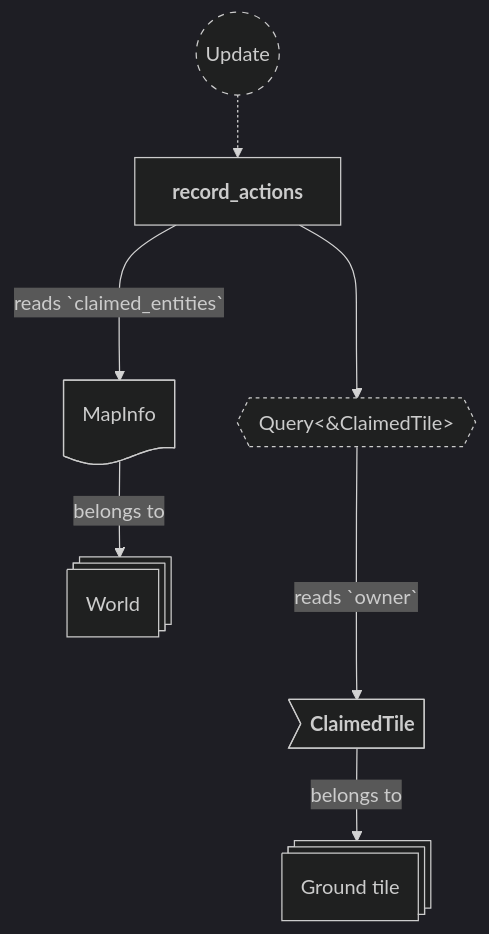
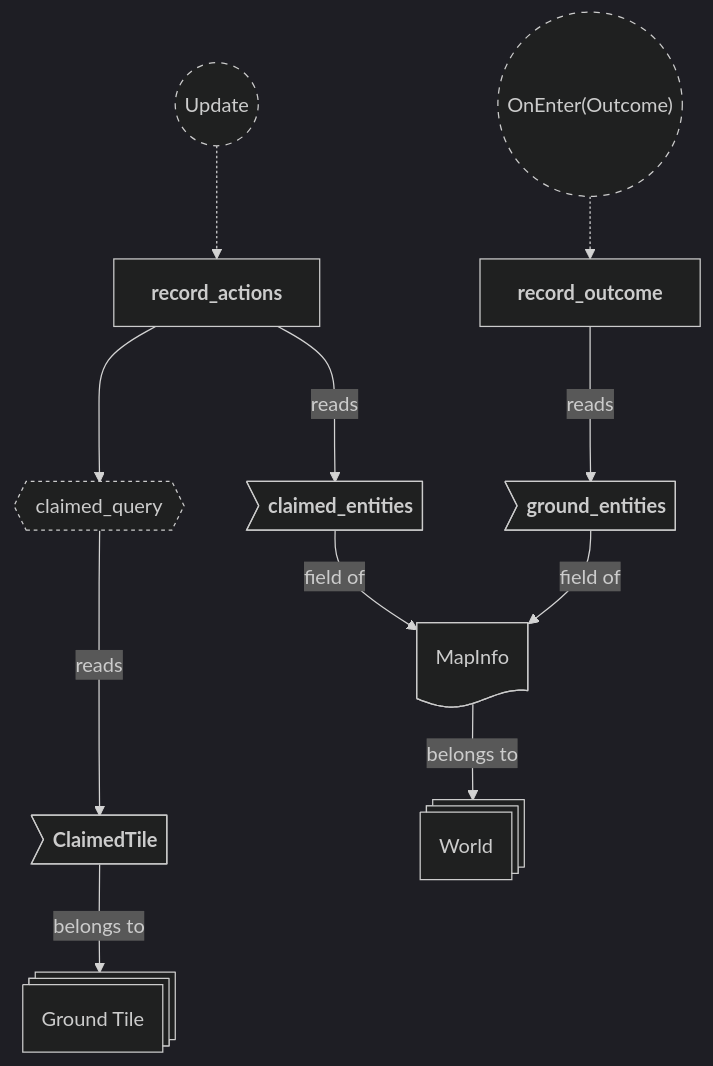
One commit to neurosoup/tyled changed the sixth of 9 diagrams in backlog/docs/doc-21 - 019-Telemetry-plugin.md. Above: the diagram before and after it, drawn with Mermaid. The commit also changed other lines of this file, not shown here.

````diff
--- a/backlog/docs/doc-21 - 019-Telemetry-plugin.md
+++ b/backlog/docs/doc-21 - 019-Telemetry-plugin.md
@@ -161,28 +243,38 @@
 ```mermaid
 ---
 config:
   theme: dark
 ---
 
 flowchart TD
 classDef system-group stroke-dasharray: 5 5
 classDef query stroke-dasharray: 3 3
 
 update(("`Update`")):::system-group
+enter_outcome(("`OnEnter(Outcome)`")):::system-group
 record_actions["`**record_actions**`"]
+record_outcome["`**record_outcome**`"]
 
 update -.-> record_actions
+enter_outcome -.-> record_outcome
 
-claimed_query{{"Query#60;#38;ClaimedTile#62;"}}:::query
+claimed_query{{"`claimed_query`"}}:::query
 record_actions ---> claimed_query
 
-tile_entity@{ shape: st-rect, label: "Ground tile" }
+tile_entity@{ shape: st-rect, label: "Ground Tile" }
 te_claimed>"`**ClaimedTile**`"] --> |belongs to| tile_entity
-claimed_query ---> |reads `owner`| te_claimed
+claimed_query ---> |reads| te_claimed
 
 world@{ shape: st-rect, label: "World" }
 map_info_res@{ shape: doc, label: "MapInfo" }
+
+mi_claimed>"`**claimed_entities**`"]
+mi_ground>"`**ground_entities**`"]
+
 map_info_res --> |belongs to| world
+mi_claimed --> |field of| map_info_res
+mi_ground --> |field of| map_info_res
 
-record_actions ---> |reads `claimed_entities`| map_info_res
+record_actions ---> |reads| mi_claimed
+record_outcome ---> |reads| mi_ground
 ```
````
